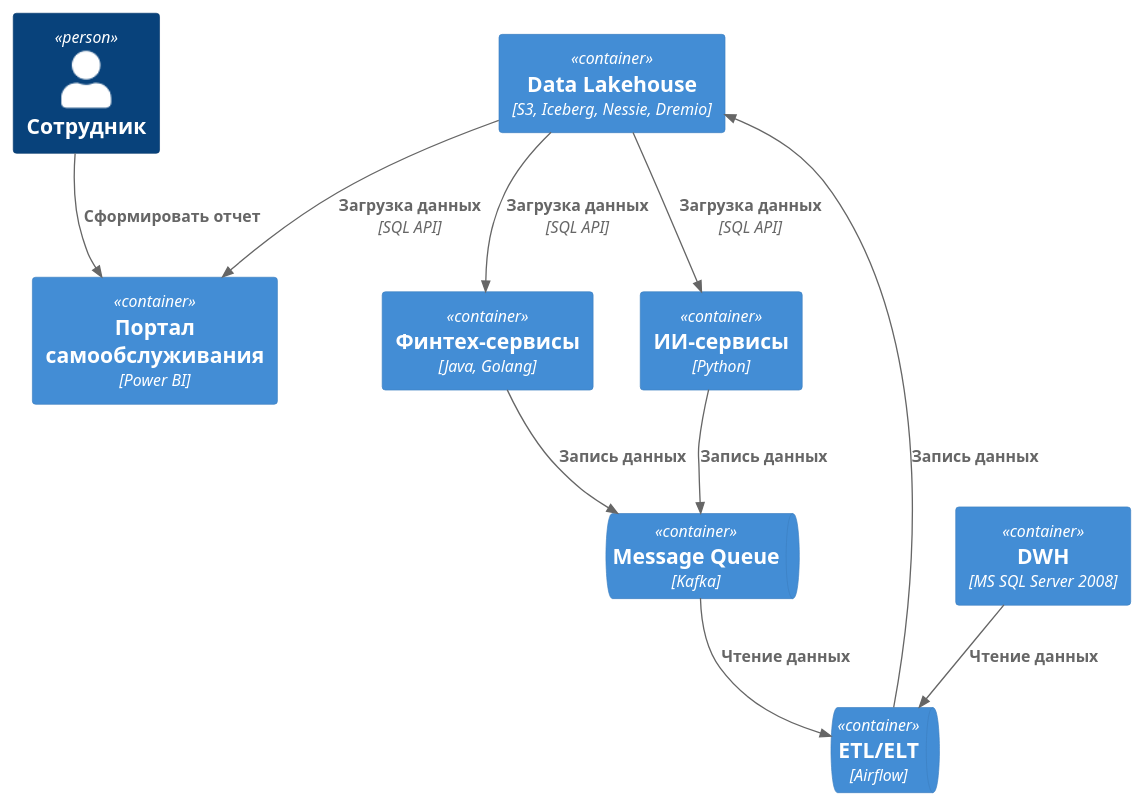
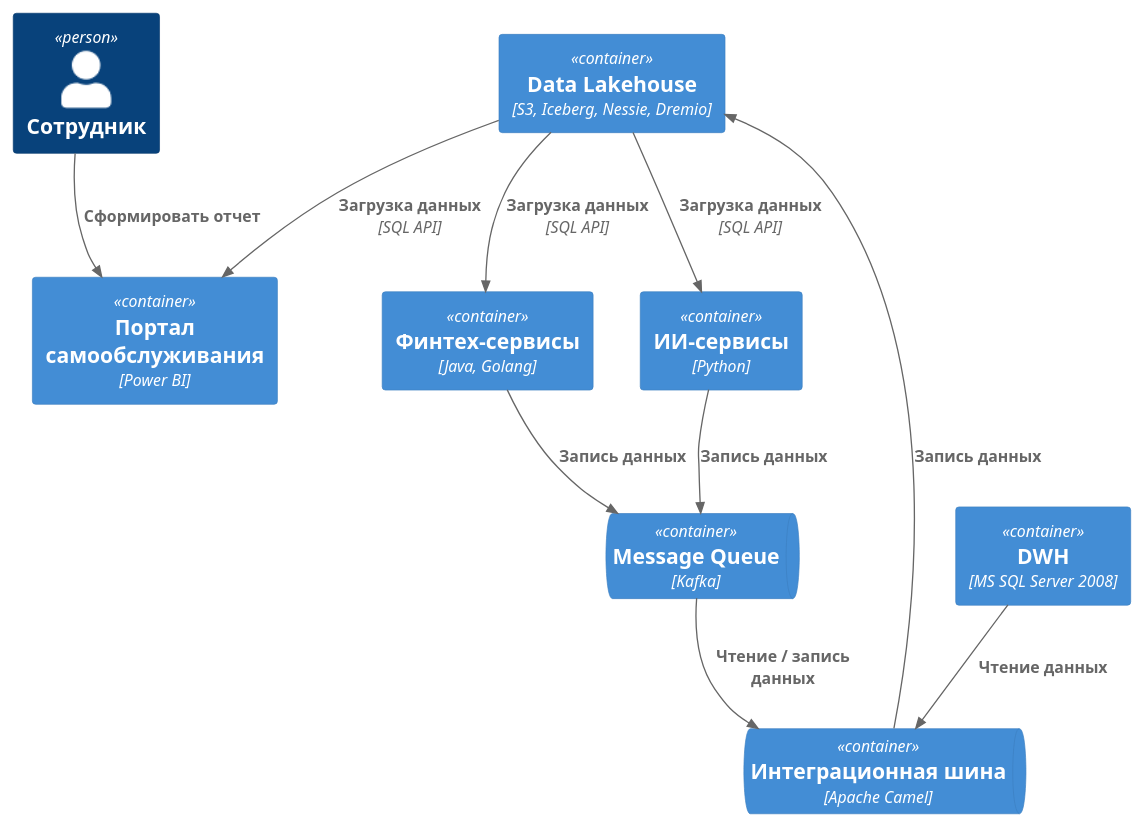
The diagram in Task1/Containers.puml (kihana/architecture-future_2_0), drawn with PlantUML before and after one commit. The commit also changed 4 other files, not shown here.

```diff
--- a/Task1/Containers.puml
+++ b/Task1/Containers.puml
@@ -1,25 +1,25 @@
 @startuml C4_ContextFuture2.0
 
 !include  https://raw.githubusercontent.com/plantuml-stdlib/C4-PlantUML/master/C4_Container.puml
 
 Person(client, "Сотрудник")
 
 Container(oldDwh, "DWH", "MS SQL Server 2008")
 Container(dataLakehouse, "Data Lakehouse", "S3, Iceberg, Nessie, Dremio")
 Container(powerBi, "Портал самообслуживания", "Power BI")
 Container(financeServices, "Финтех-сервисы", "Java, Golang")
 Container(aiServices, "ИИ-сервисы", "Python")
-ContainerQueue(airflow, "ETL/ELT", "Airflow")
 ContainerQueue(kafka, "Message Queue", "Kafka")
+ContainerQueue(camel, "Интеграционная шина", "Apache Camel")
 
 Rel(client, powerBi, "Сформировать отчет")
 Rel(dataLakehouse, powerBi, "Загрузка данных", "SQL API")
 Rel(dataLakehouse, aiServices, "Загрузка данных", "SQL API")
 Rel(dataLakehouse, financeServices, "Загрузка данных", "SQL API")
-Rel(oldDwh, airflow, "Чтение данных")
-Rel(kafka, airflow, "Чтение данных")
-Rel(airflow, dataLakehouse, "Запись данных")
+Rel(oldDwh, camel, "Чтение данных")
+Rel(camel, dataLakehouse, "Запись данных")
+Rel(kafka, camel, "Чтение / запись данных")
 Rel(financeServices, kafka, "Запись данных")
 Rel(aiServices, kafka, "Запись данных")
 
 @enduml
```
